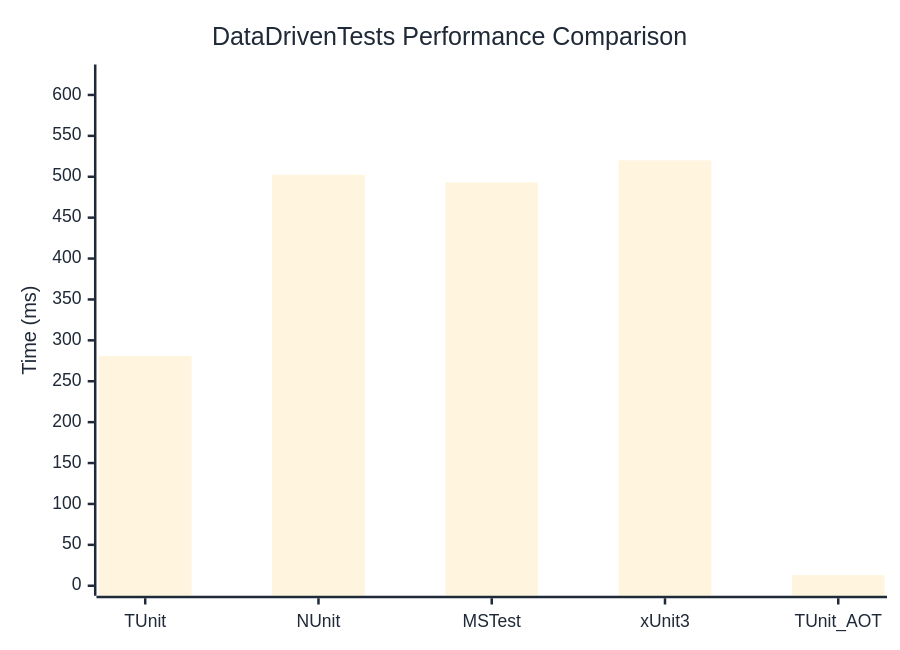
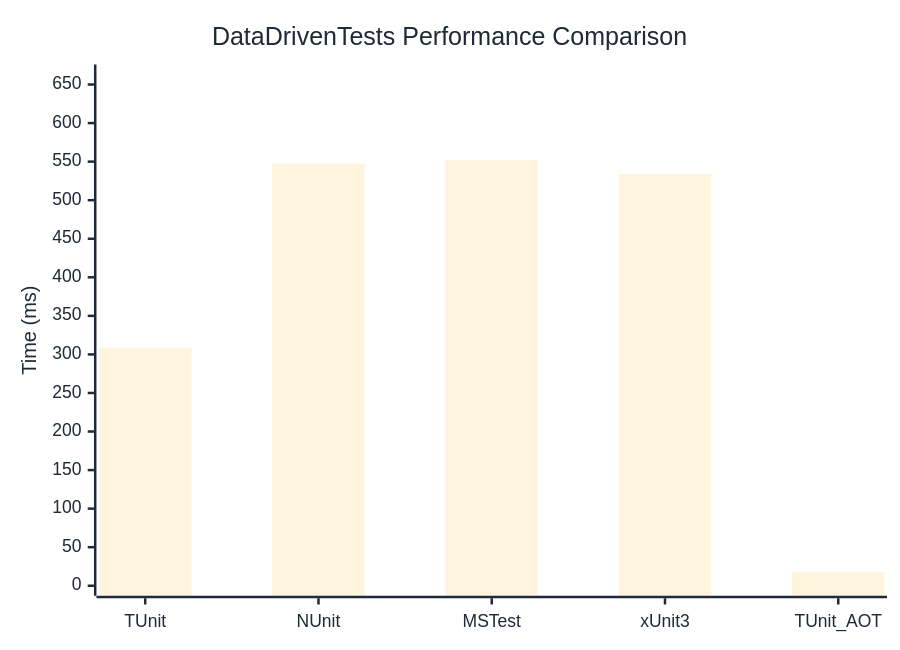
One commit to thomhurst/TUnit changed the diagram in docs/docs/benchmarks/engine/DataDrivenTests.md. Above: the diagram before and after it, drawn with Mermaid. The commit also changed other lines of this file and 18 other files, not shown here.

````diff
--- a/docs/docs/benchmarks/engine/DataDrivenTests.md
+++ b/docs/docs/benchmarks/engine/DataDrivenTests.md
@@ -29,37 +29,37 @@
 ```mermaid
 %%{init: {
   'theme':'base',
   'themeVariables': {
     'primaryColor': '#2563eb',
     'primaryTextColor': '#1f2937',
     'primaryBorderColor': '#1e40af',
     'lineColor': '#6b7280',
     'secondaryColor': '#7c3aed',
     'tertiaryColor': '#dc2626',
     'background': '#ffffff',
     'mainBkg': '#2563eb',
     'secondBkg': '#7c3aed',
     'tertiaryBkg': '#dc2626',
     'clusterBkg': '#f3f4f6',
     'edgeLabelBackground': '#ffffff',
     'tertiaryTextColor': '#1f2937',
     'pie1': '#2563eb',
     'pie2': '#7c3aed',
     'pie3': '#dc2626',
     'pie4': '#f59e0b',
     'pie5': '#10b981',
     'pie6': '#06b6d4',
     'pie7': '#ec4899',
     'pie8': '#6366f1',
     'pie9': '#84cc16',
     'pie10': '#f97316',
     'pie11': '#14b8a6',
     'pie12': '#a855f7'
   }
 }}%%
 xychart-beta
   title "DataDrivenTests Performance Comparison"
   x-axis ["TUnit", "NUnit", "MSTest", "xUnit3", "TUnit_AOT"]
-  y-axis "Time (ms)" 0 --> 625
-  bar [280.7, 502.48, 493.15, 520.02, 12.99]
+  y-axis "Time (ms)" 0 --> 663
+  bar [308.59, 547.52, 552.18, 534.14, 17.74]
 ```
````
